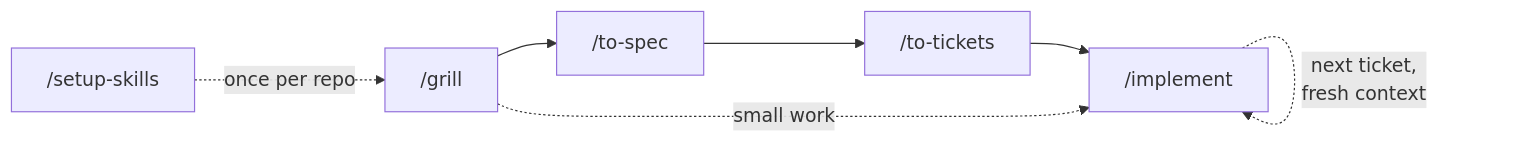
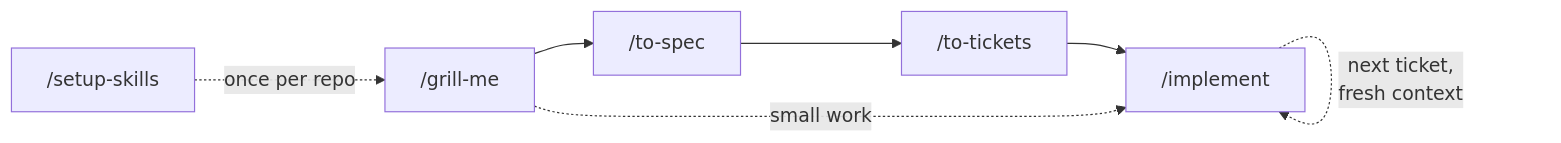
Before and after one commit to loijilai/skills: the diagram in README.md, drawn with Mermaid. The commit also changed other lines of this file and 7 other files, not shown here.

````diff
--- a/README.md
+++ b/README.md
@@ -25,9 +25,9 @@
 ```mermaid
 flowchart LR
     S["/setup-skills"] -. "once per repo" .-> G
-    G["/grill"] --> TS["/to-spec"]
+    G["/grill-me"] --> TS["/to-spec"]
     TS --> TT["/to-tickets"]
     TT --> IM["/implement"]
     G -. "small work" .-> IM
     IM -. "next ticket,<br/>fresh context" .-> IM
 ```
````
